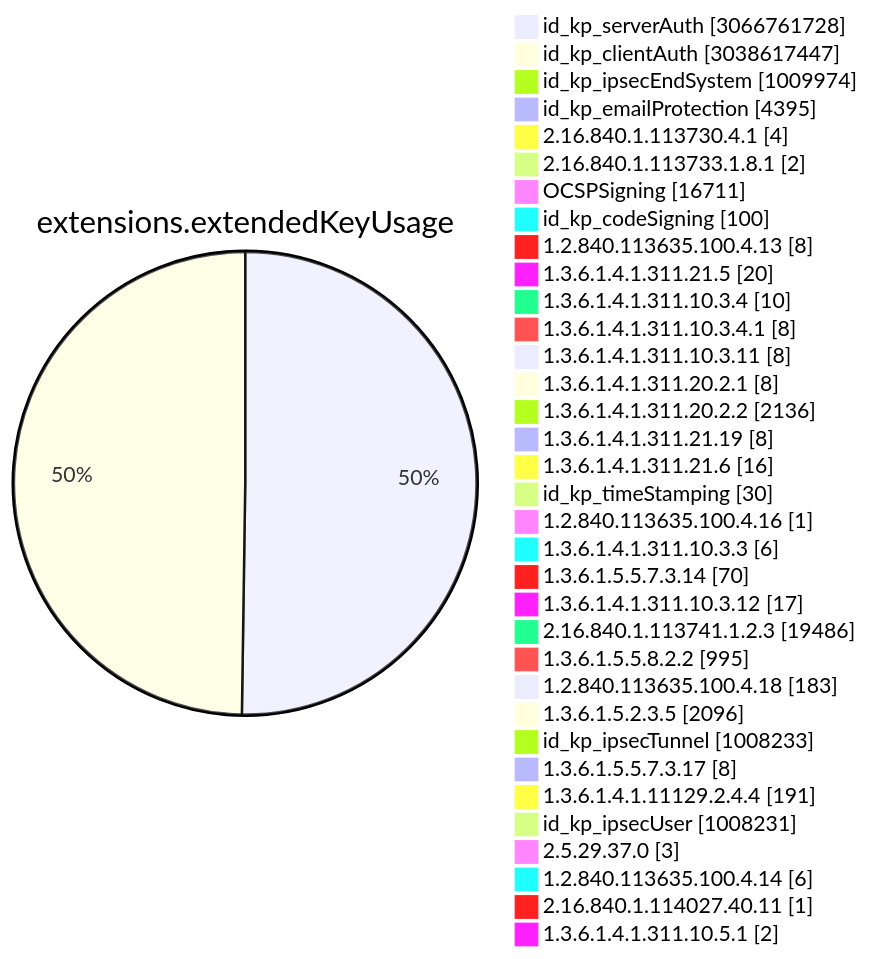
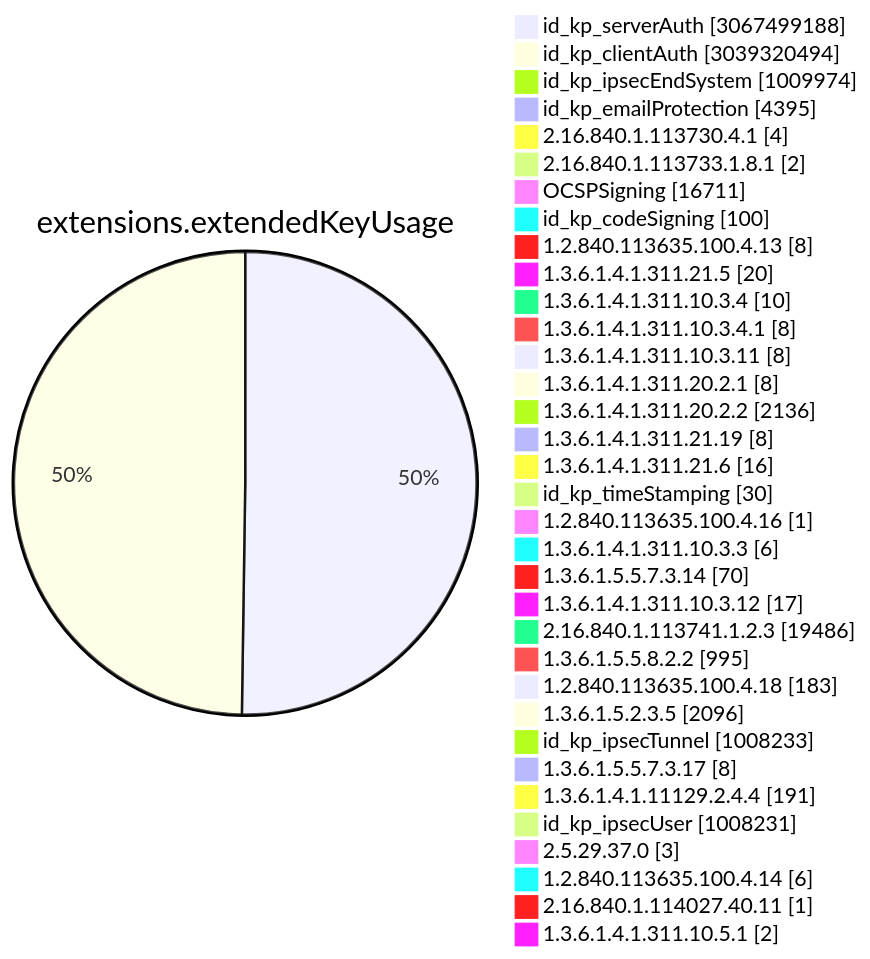
Before and after one commit to christiankrug/ctmonitor_visualization: diagram 11 of 15 in TOTAL/README.md, drawn with Mermaid. The commit also changed other lines of this file, not shown here.

````diff
--- a/TOTAL/README.md
+++ b/TOTAL/README.md
@@ -4119,38 +4119,38 @@
 ```mermaid
 pie showData
 title extensions.extendedKeyUsage
-"id_kp_serverAuth" :3066761728
-"id_kp_clientAuth" :3038617447
+"id_kp_serverAuth" :3067499188
+"id_kp_clientAuth" :3039320494
 "id_kp_ipsecEndSystem" :1009974
 "id_kp_emailProtection" :4395
 "2.16.840.1.113730.4.1" :4
 "2.16.840.1.113733.1.8.1" :2
 "OCSPSigning" :16711
 "id_kp_codeSigning" :100
 "1.2.840.113635.100.4.13" :8
 "1.3.6.1.4.1.311.21.5" :20
 "1.3.6.1.4.1.311.10.3.4" :10
 "1.3.6.1.4.1.311.10.3.4.1" :8
 "1.3.6.1.4.1.311.10.3.11" :8
 "1.3.6.1.4.1.311.20.2.1" :8
 "1.3.6.1.4.1.311.20.2.2" :2136
 "1.3.6.1.4.1.311.21.19" :8
 "1.3.6.1.4.1.311.21.6" :16
 "id_kp_timeStamping" :30
 "1.2.840.113635.100.4.16" :1
 "1.3.6.1.4.1.311.10.3.3" :6
 "1.3.6.1.5.5.7.3.14" :70
 "1.3.6.1.4.1.311.10.3.12" :17
 "2.16.840.1.113741.1.2.3" :19486
 "1.3.6.1.5.5.8.2.2" :995
 "1.2.840.113635.100.4.18" :183
 "1.3.6.1.5.2.3.5" :2096
 "id_kp_ipsecTunnel" :1008233
 "1.3.6.1.5.5.7.3.17" :8
 "1.3.6.1.4.1.11129.2.4.4" :191
 "id_kp_ipsecUser" :1008231
 "2.5.29.37.0" :3
 "1.2.840.113635.100.4.14" :6
 "2.16.840.1.114027.40.11" :1
 "1.3.6.1.4.1.311.10.5.1" :2
 ```
````
